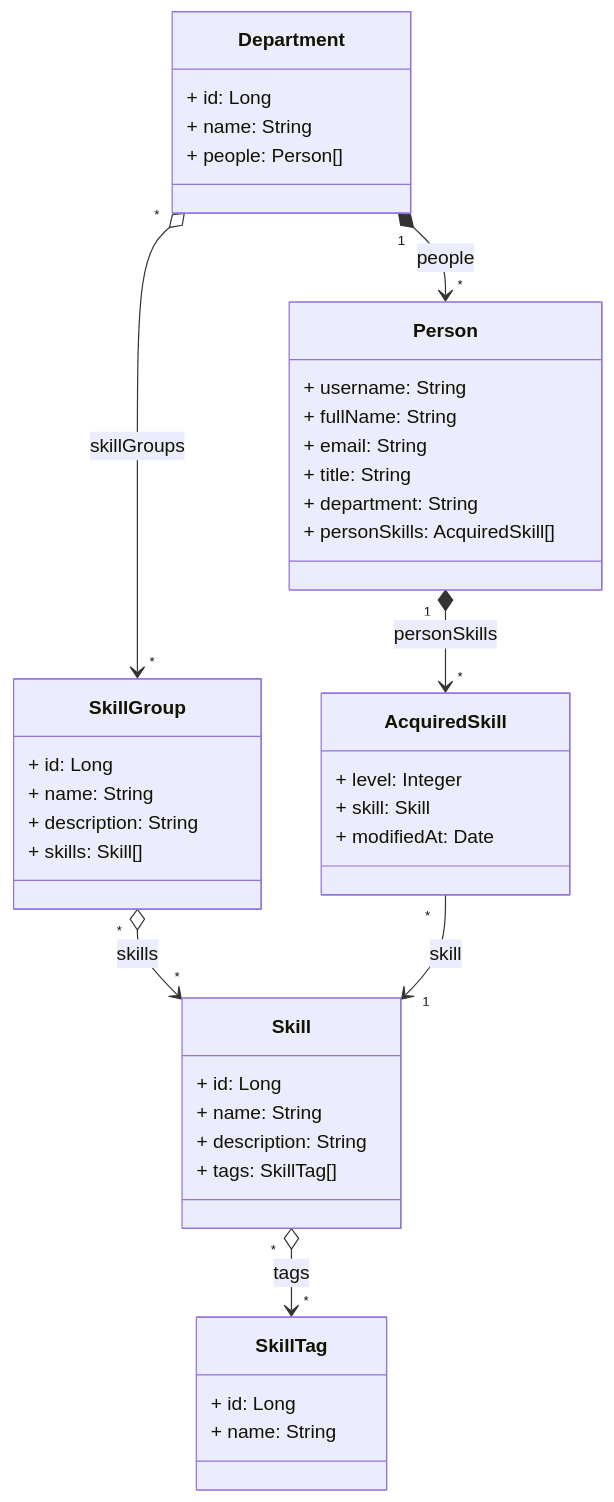
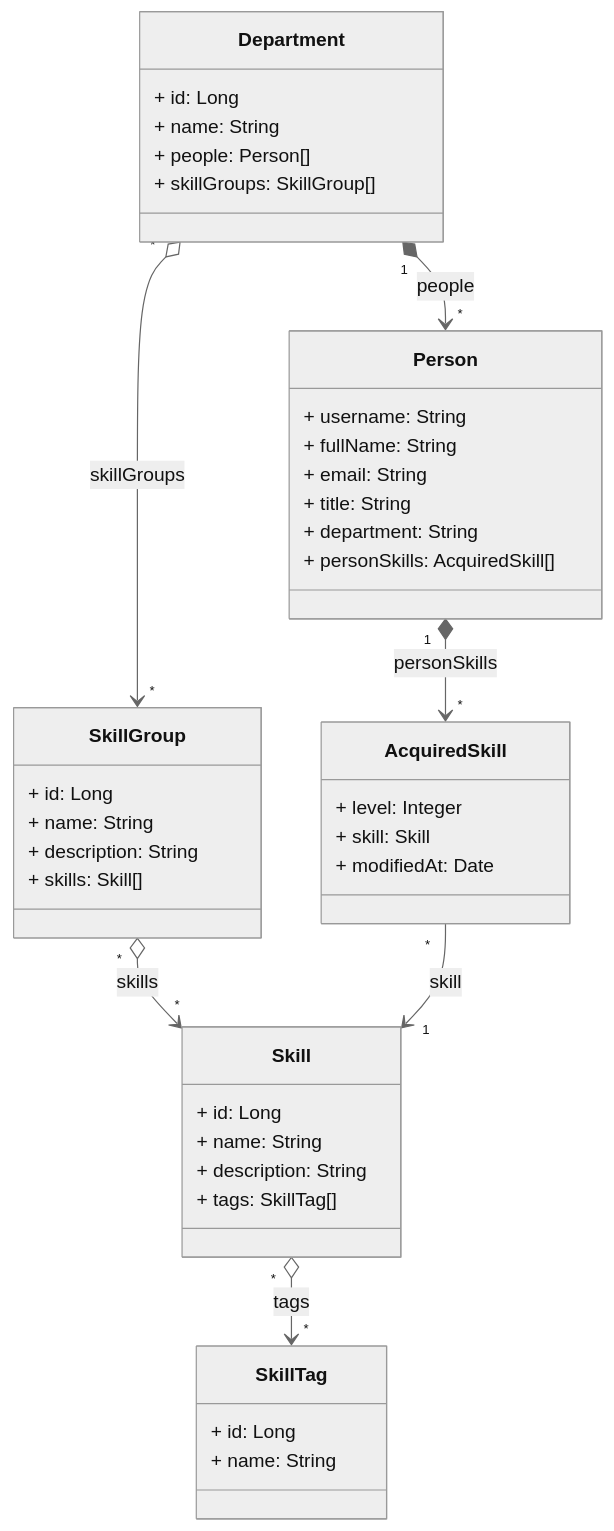
One commit to eloyAM/skillia changed the diagram in documentation/classes.mmd. Above: the diagram before and after it, drawn with Mermaid. The commit also changed 4 other files, not shown here.

Commit message:
Diagrams

```diff
--- a/documentation/classes.mmd
+++ b/documentation/classes.mmd
@@ -1,50 +1,52 @@
+%%{init: {'theme':'neutral'}}%%
 classDiagram
 %%    direction LR
     class Department {
         + id: Long
         + name: String
         + people: Person[]
+        + skillGroups: SkillGroup[]
     }
 
     class SkillGroup {
         + id: Long
         + name: String
         + description: String
         + skills: Skill[]
     }
 
     class Skill {
         + id: Long
         + name: String
         + description: String
         + tags: SkillTag[]
     }
 
     class SkillTag {
         + id: Long
         + name: String
     }
 
     class Person {
         + username: String
         + fullName: String
         + email: String
         + title: String
         + department: String
         + personSkills: AcquiredSkill[]
     }
 
     class AcquiredSkill {
         + level: Integer
         + skill: Skill
         + modifiedAt: Date
     }
 
     Department "1" *--> "*" Person: people
     Department "*" o--> "*" SkillGroup: skillGroups
     SkillGroup "*" o--> "*" Skill: skills
     Person "1" *--> "*" AcquiredSkill: personSkills
     %% Reference from AcquiredSkill to Person omitted as present on the model rather for ORM purposes
     %% The only usage of that relation comes from the skill matrix, retrieving all AcquiredSkill to finally build a Person with its acquired skills
     AcquiredSkill "*" --> "1" Skill: skill
     Skill "*" o--> "*" SkillTag: tags
```
